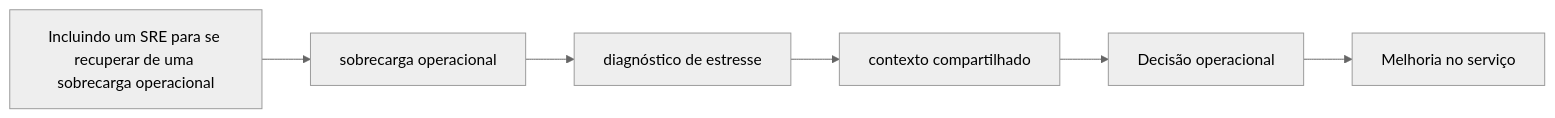
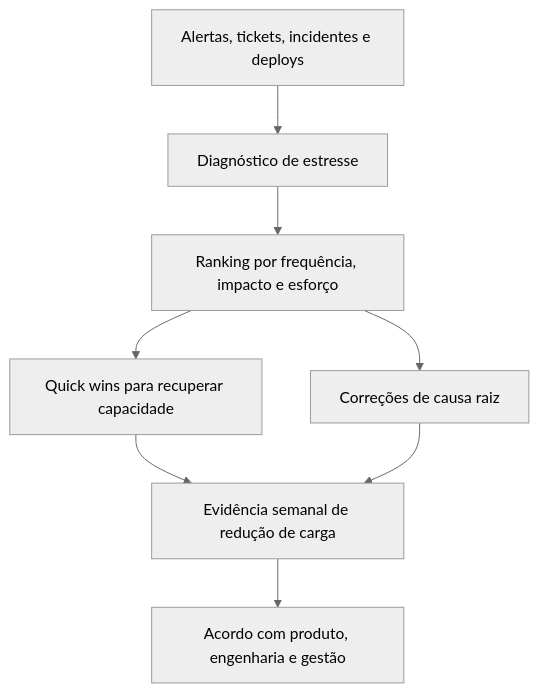
The diagram in docs/capitulos/capitulo-21.md (rafaelrezo/curso-engenharia-confiabilidade), drawn with Mermaid (neutral theme) before and after one commit. The commit also changed other lines of this file and 31 other files, not shown here.

````diff
--- a/docs/capitulos/capitulo-21.md
+++ b/docs/capitulos/capitulo-21.md
@@ -97,8 +177,10 @@
 ```mermaid
-flowchart LR
-    Tema["Incluindo um SRE para se recuperar de uma sobrecarga operacional"] --> C1["sobrecarga operacional"]
-    C1 --> C2["diagnóstico de estresse"]
-    C2 --> C3["contexto compartilhado"]
-    C3 --> Decisao["Decisão operacional"]
-    Decisao --> Acao["Melhoria no serviço"]
+flowchart TD
+    Dados["Alertas, tickets, incidentes e deploys"] --> Diagnostico["Diagnóstico de estresse"]
+    Diagnostico --> Ranking["Ranking por frequência, impacto e esforço"]
+    Ranking --> QuickWins["Quick wins para recuperar capacidade"]
+    Ranking --> CausaRaiz["Correções de causa raiz"]
+    QuickWins --> Evidencia["Evidência semanal de redução de carga"]
+    CausaRaiz --> Evidencia
+    Evidencia --> Acordo["Acordo com produto, engenharia e gestão"]
 ```
````
